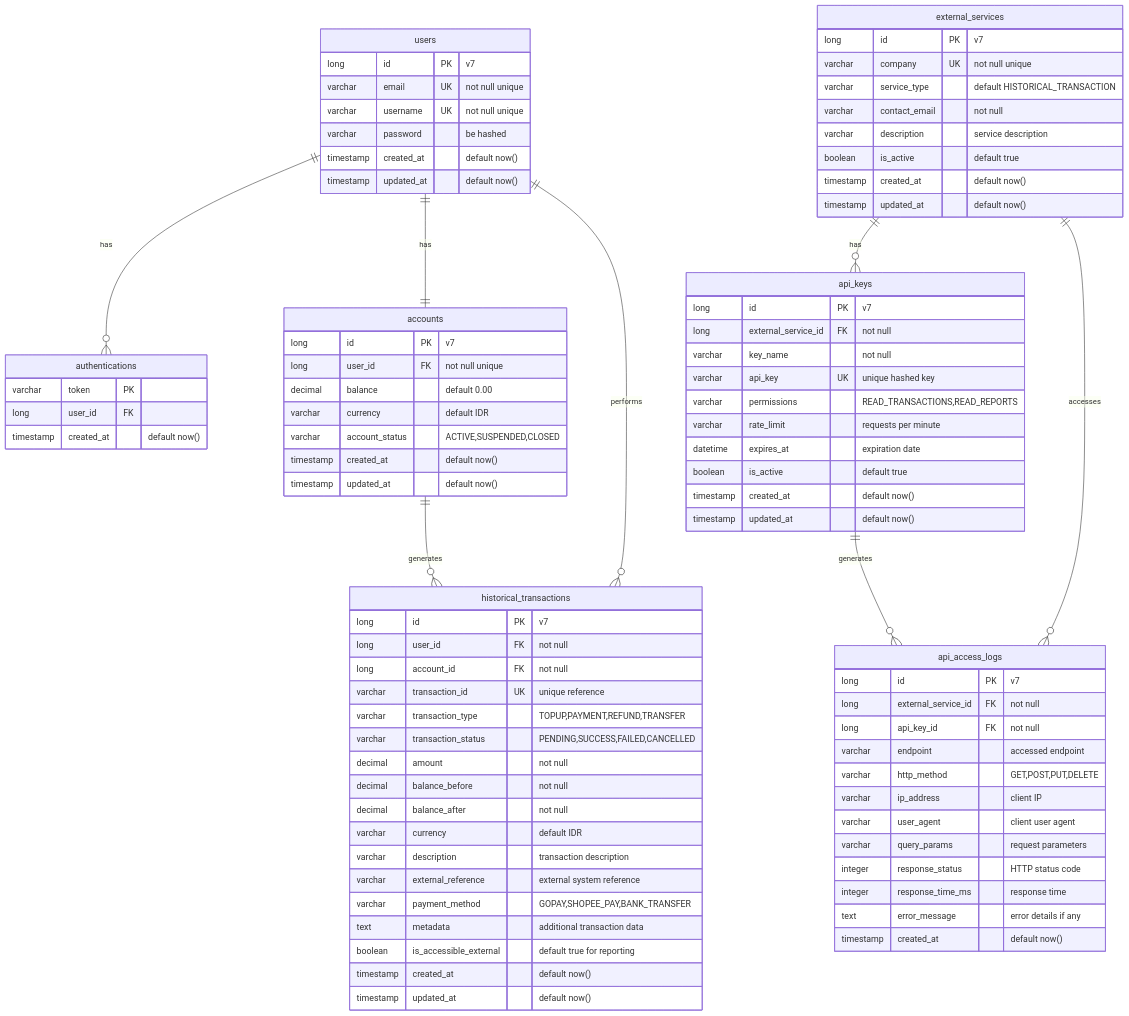
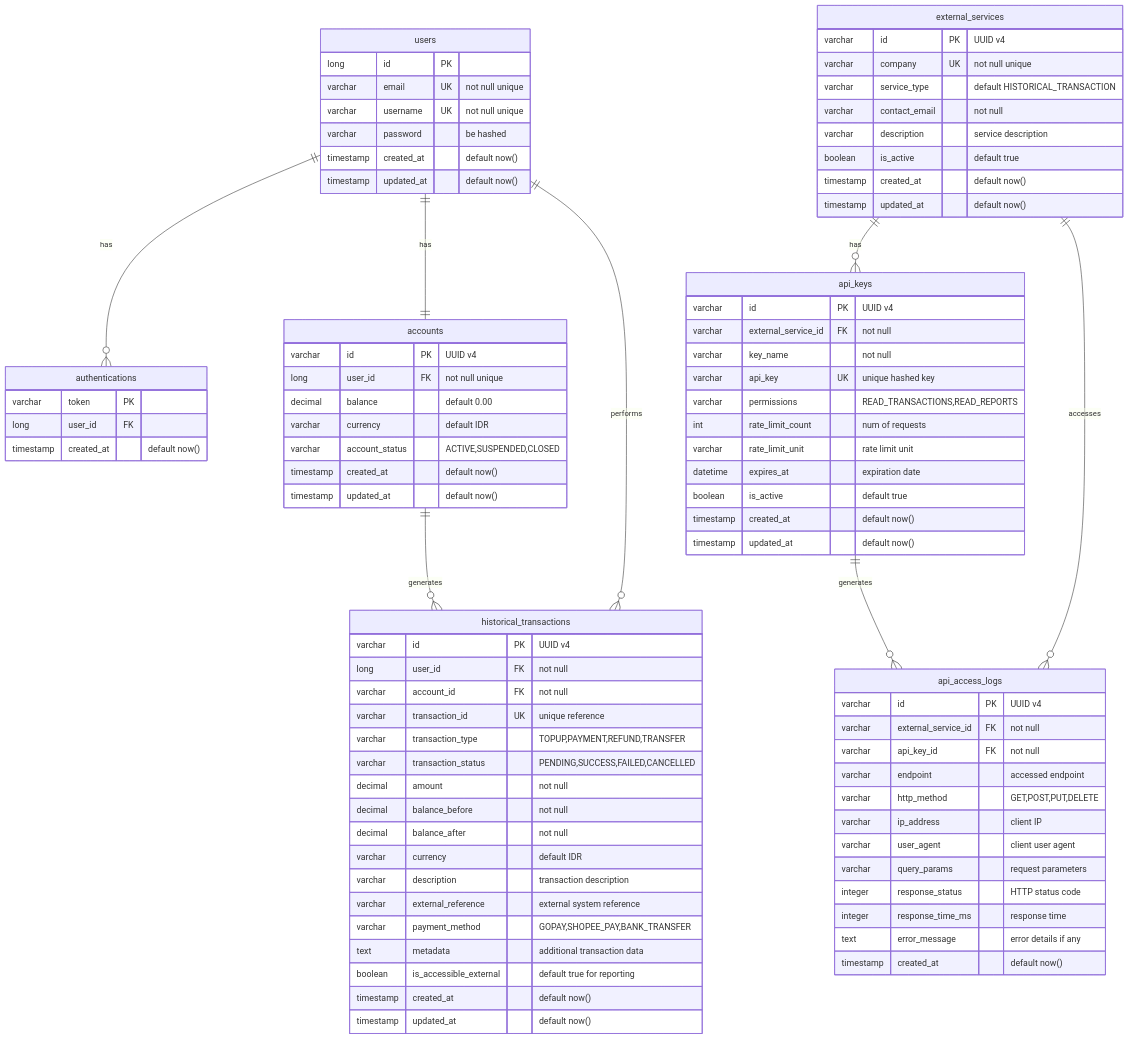
One commit to cisnux-seed/authentication-service changed the diagram in README.md. Above: the diagram before and after it, drawn with Mermaid. The commit also changed 9 other files, not shown here.

```diff
--- a/README.md
+++ b/README.md
@@ -10,7 +10,7 @@
 external_services ||--o{ api_access_logs : accesses
 
     users {
-        long id PK "v7"
+        long id PK
         varchar email UK "not null unique"
         varchar username UK "not null unique"
         varchar password "be hashed"
@@ -25,7 +25,7 @@
     }
 
     accounts {
-        long id PK "v7"
+        varchar id PK "UUID v4"
         long user_id FK "not null unique"
         decimal balance "default 0.00"
         varchar currency "default IDR"
@@ -35,9 +35,9 @@
     }
 
     historical_transactions {
-        long id PK "v7"
+        varchar id PK "UUID v4"
         long user_id FK "not null"
-        long account_id FK "not null"
+        varchar account_id FK "not null"
         varchar transaction_id UK "unique reference"
         varchar transaction_type "TOPUP,PAYMENT,REFUND,TRANSFER"
         varchar transaction_status "PENDING,SUCCESS,FAILED,CANCELLED"
@@ -55,7 +55,7 @@
     }
 
     external_services {
-        long id PK "v7"
+        varchar id PK "UUID v4"
         varchar company UK "not null unique"
         varchar service_type "default HISTORICAL_TRANSACTION"
         varchar contact_email "not null"
@@ -66,12 +66,13 @@
     }
 
     api_keys {
-        long id PK "v7"
-        long external_service_id FK "not null"
+        varchar id PK "UUID v4"
+        varchar external_service_id FK "not null"
         varchar key_name "not null"
         varchar api_key UK "unique hashed key"
         varchar permissions "READ_TRANSACTIONS,READ_REPORTS"
-        varchar rate_limit "requests per minute"
+        int rate_limit_count "num of requests"
+        varchar rate_limit_unit "rate limit unit"
         datetime expires_at "expiration date"
         boolean is_active "default true"
         timestamp created_at "default now()"
@@ -79,9 +80,9 @@
     }
 
     api_access_logs {
-        long id PK "v7"
-        long external_service_id FK "not null"
-        long api_key_id FK "not null"
+        varchar id PK "UUID v4"
+        varchar external_service_id FK "not null"
+        varchar api_key_id FK "not null"
         varchar endpoint "accessed endpoint"
         varchar http_method "GET,POST,PUT,DELETE"
         varchar ip_address "client IP"
```
